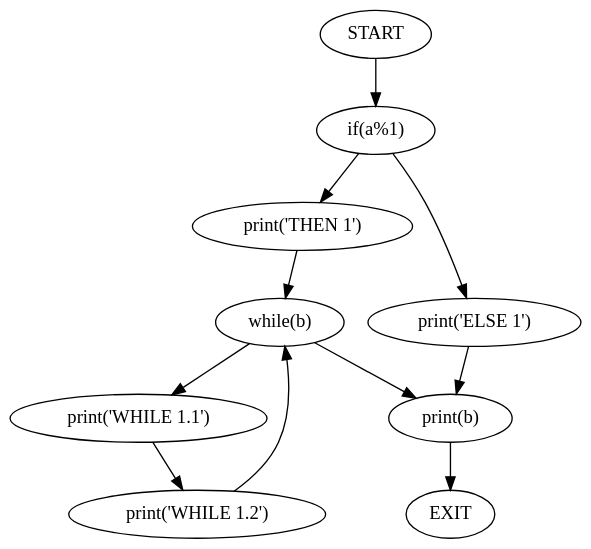
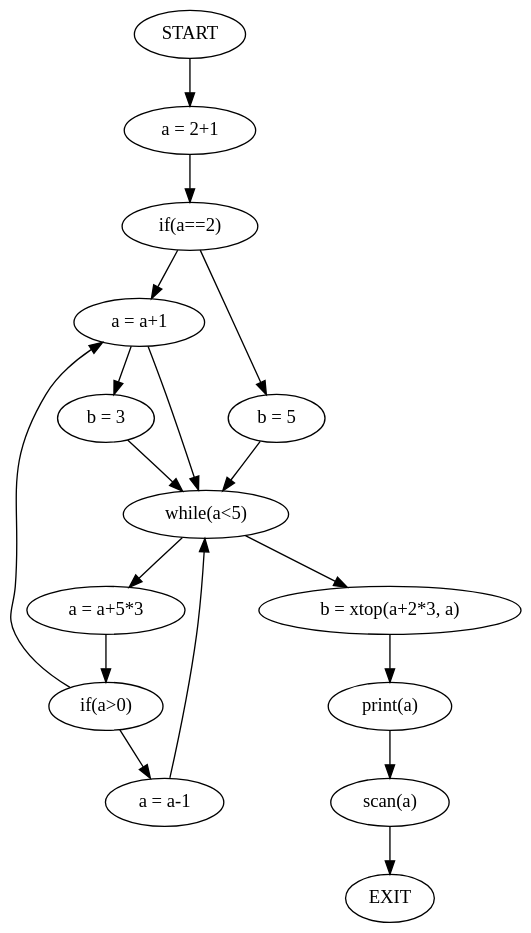
Before and after one commit to MiguelCosta/EngenhariaDeLinguagens: the diagram in ATS/Fichas/Cmb/WebSite/Gramatica/output/cfg.gv, drawn with Graphviz. The commit also changed 24 other files, not shown here.

```diff
--- a/ATS/Fichas/Cmb/WebSite/Gramatica/output/cfg.gv
+++ b/ATS/Fichas/Cmb/WebSite/Gramatica/output/cfg.gv
@@ -1,13 +1,20 @@
 digraph mainmap {
 graph [bgcolor=transparent];
-"START" -> "if(a%1)";
-"if(a%1)" -> "print('THEN 1')";
-"if(a%1)" -> "print('ELSE 1')";
-"print('THEN 1')" -> "while(b)";
-"while(b)" -> "print('WHILE 1.1')";
-"while(b)" -> "print(b)";
-"print('WHILE 1.1')" -> "print('WHILE 1.2')";
-"print('WHILE 1.2')" -> "while(b)";
-"print('ELSE 1')" -> "print(b)";
-"print(b)" -> "EXIT";
+"START" -> "a = 2+1";
+"a = 2+1" -> "if(a==2)";
+"if(a==2)" -> "a = a+1";
+"if(a==2)" -> "b = 5";
+"a = a+1" -> "b = 3";
+"b = 3" -> "while(a<5)";
+"b = 5" -> "while(a<5)";
+"while(a<5)" -> "a = a+5*3";
+"while(a<5)" -> "b = xtop(a+2*3, a)";
+"a = a+5*3" -> "if(a>0)";
+"if(a>0)" -> "a = a+1";
+"if(a>0)" -> "a = a-1";
+"a = a+1" -> "while(a<5)";
+"a = a-1" -> "while(a<5)";
+"b = xtop(a+2*3, a)" -> "print(a)";
+"print(a)" -> "scan(a)";
+"scan(a)" -> "EXIT";
 }
```
